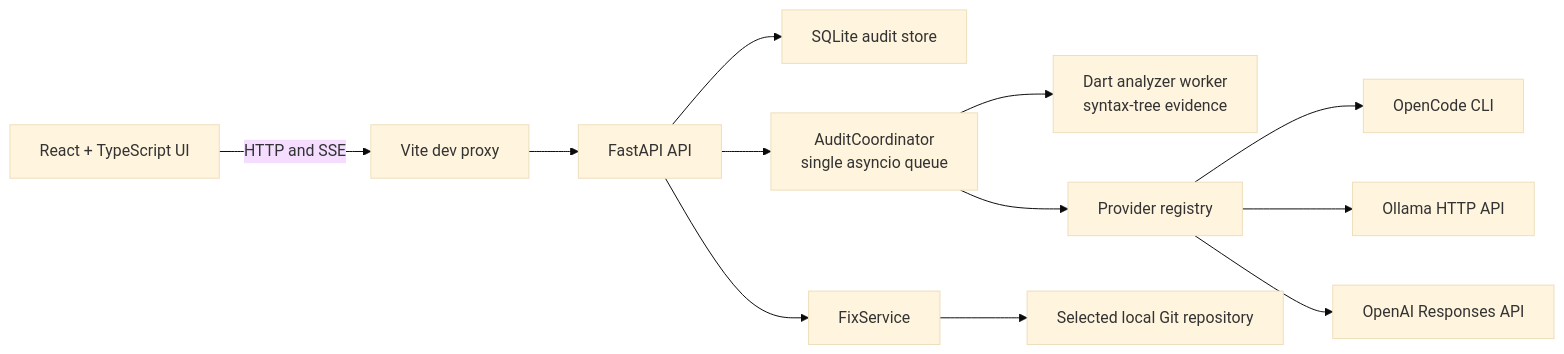
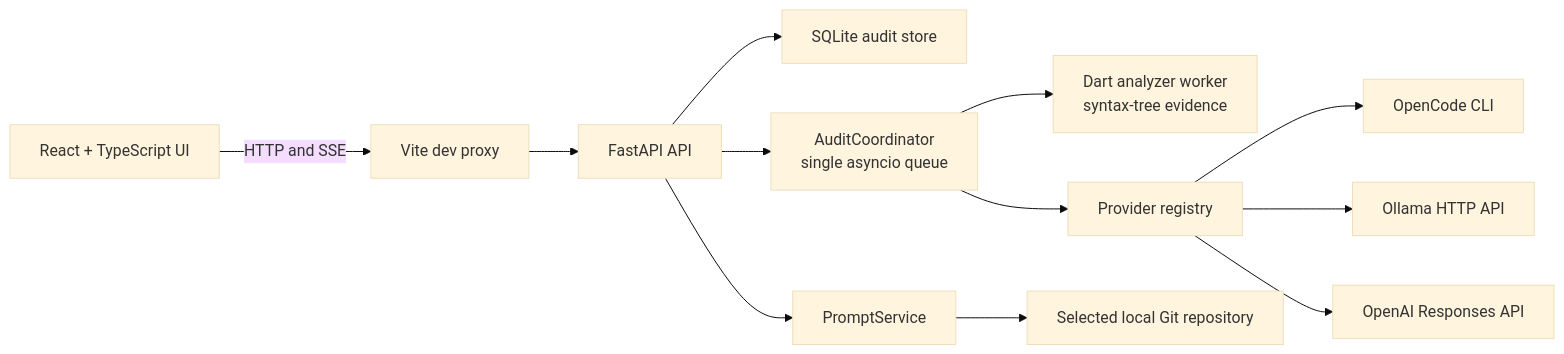
Before and after one commit to Eslam-Emad/Perfora: the diagram in README.md, drawn with Mermaid (base theme). The commit also changed other lines of this file and 13 other files, not shown here.

````diff
--- a/README.md
+++ b/README.md
@@ -200,17 +194,17 @@
 ```mermaid
 flowchart LR
     Browser["React + TypeScript UI"] -->|"HTTP and SSE"| Vite["Vite dev proxy"]
     Vite --> API["FastAPI API"]
 
     API --> Store["SQLite audit store"]
     API --> Queue["AuditCoordinator<br/>single asyncio queue"]
     Queue --> Analyzer["Dart analyzer worker<br/>syntax-tree evidence"]
     Queue --> Providers["Provider registry"]
 
     Providers --> OpenCode["OpenCode CLI"]
     Providers --> Ollama["Ollama HTTP API"]
     Providers --> OpenAI["OpenAI Responses API"]
 
-    API --> Fixes["FixService"]
-    Fixes --> GitRepo["Selected local Git repository"]
+    API --> Prompt["PromptService"]
+    Prompt --> GitRepo["Selected local Git repository"]
 ```
````
